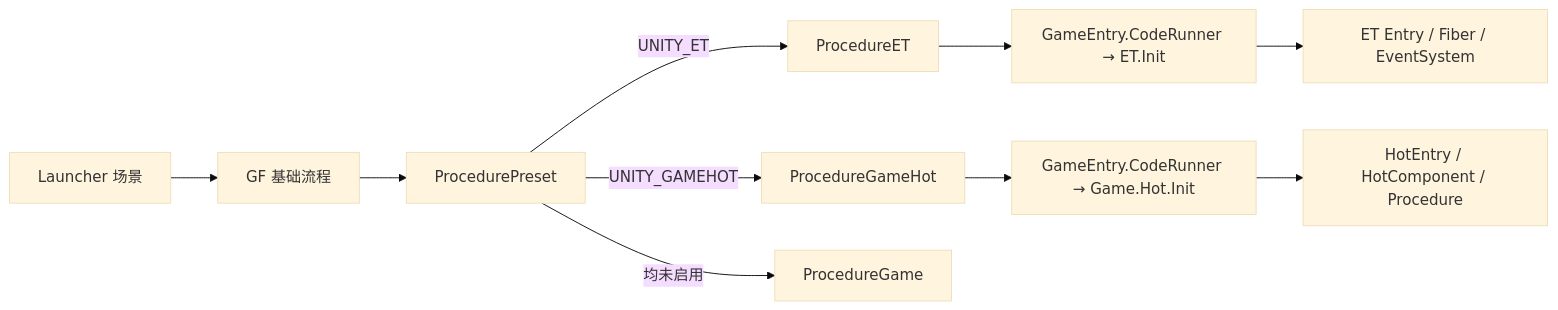
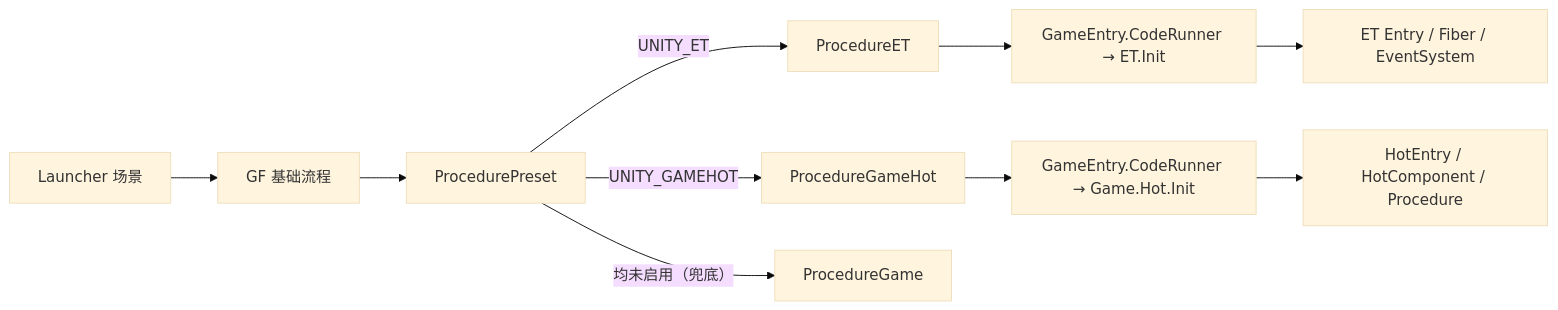
One commit to XuToWei/GameDevelopmentKit changed the diagram in Book/Project结构.md. Above: the diagram before and after it, drawn with Mermaid (base theme). The commit also changed other lines of this file and 9 other files, not shown here.

````diff
--- a/Book/Project结构.md
+++ b/Book/Project结构.md
@@ -7,12 +7,12 @@
 ```mermaid
 flowchart LR
     A["Launcher 场景"] --> B["GF 基础流程"]
     B --> C["ProcedurePreset"]
     C -->|"UNITY_ET"| D["ProcedureET"]
     C -->|"UNITY_GAMEHOT"| E["ProcedureGameHot"]
-    C -->|"均未启用"| F["ProcedureGame"]
+    C -->|"均未启用（兜底）"| F["ProcedureGame"]
     D --> G["GameEntry.CodeRunner → ET.Init"]
     E --> H["GameEntry.CodeRunner → Game.Hot.Init"]
     G --> I["ET Entry / Fiber / EventSystem"]
     H --> J["HotEntry / HotComponent / Procedure"]
 ```
````
